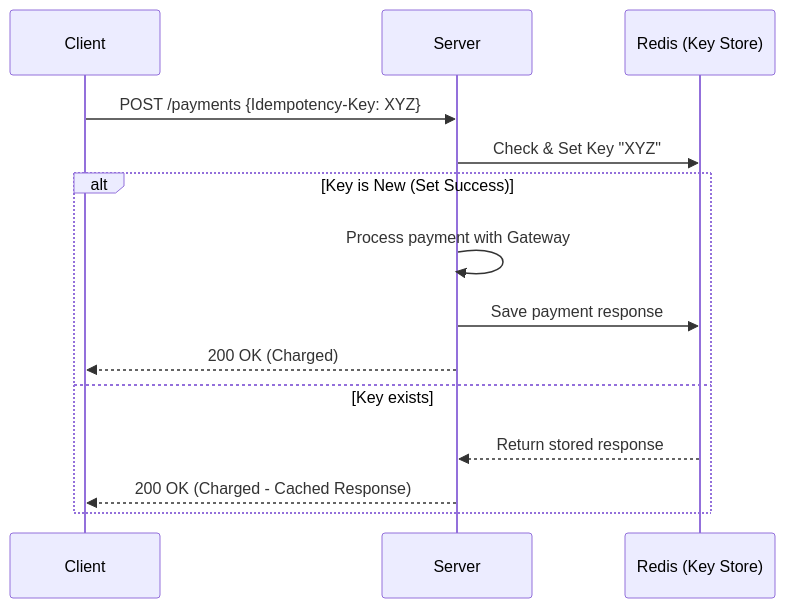
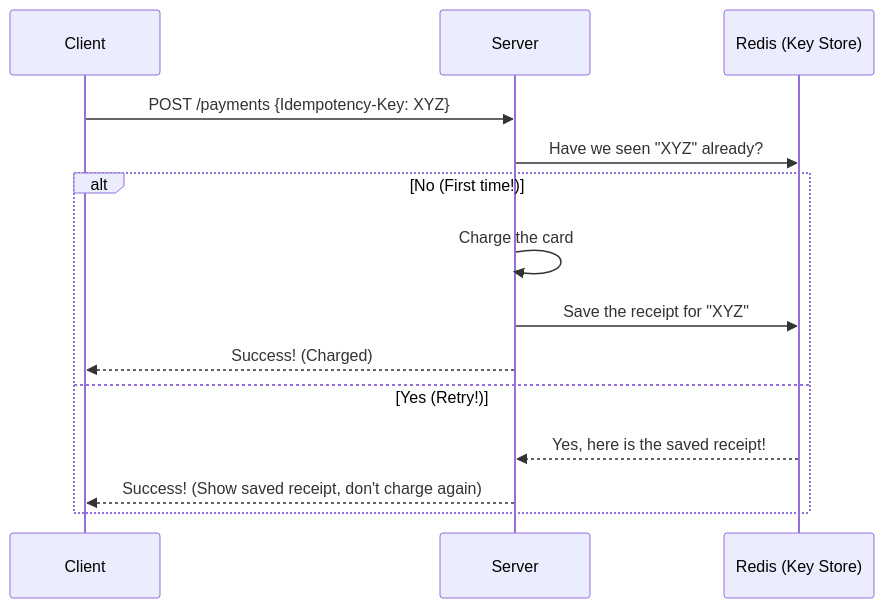
The first of 2 diagrams in basics/03_reliability_apis.md (PKRacha/system-design), drawn with Mermaid before and after one commit. The commit also changed other lines of this file and 6 other files, not shown here.

````diff
--- a/basics/03_reliability_apis.md
+++ b/basics/03_reliability_apis.md
@@ -32,17 +33,17 @@
 ```mermaid
 sequenceDiagram
     participant Client as Client
     participant Server as Server
     participant Cache as Redis (Key Store)
     
     Client->>Server: POST /payments {Idempotency-Key: XYZ}
-    Server->>Cache: Check & Set Key "XYZ"
-    alt Key is New (Set Success)
-        Server->>Server: Process payment with Gateway
-        Server->>Cache: Save payment response
-        Server-->>Client: 200 OK (Charged)
-    else Key exists
-        Cache-->>Server: Return stored response
-        Server-->>Client: 200 OK (Charged - Cached Response)
+    Server->>Cache: Have we seen "XYZ" already?
+    alt No (First time!)
+        Server->>Server: Charge the card
+        Server->>Cache: Save the receipt for "XYZ"
+        Server-->>Client: Success! (Charged)
+    else Yes (Retry!)
+        Cache-->>Server: Yes, here is the saved receipt!
+        Server-->>Client: Success! (Show saved receipt, don't charge again)
     end
 ```
````
